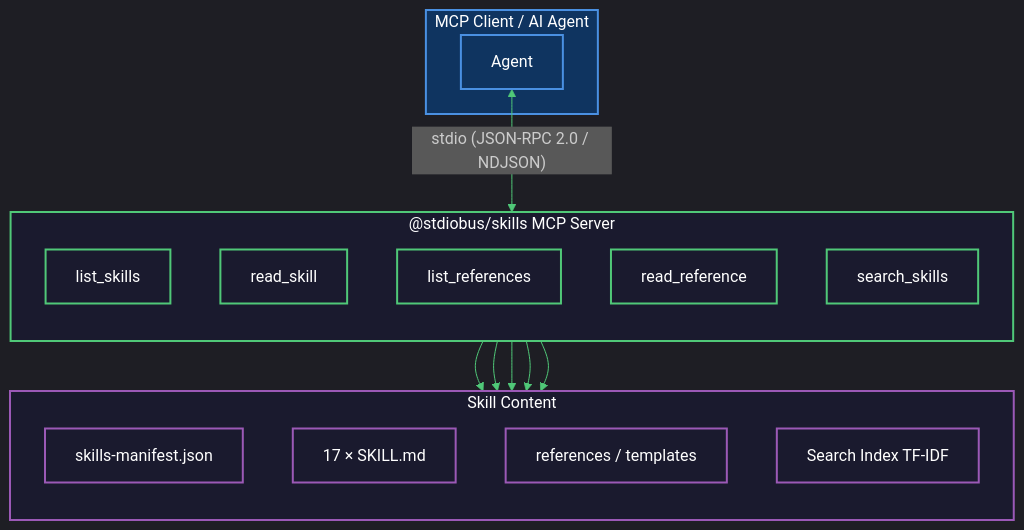
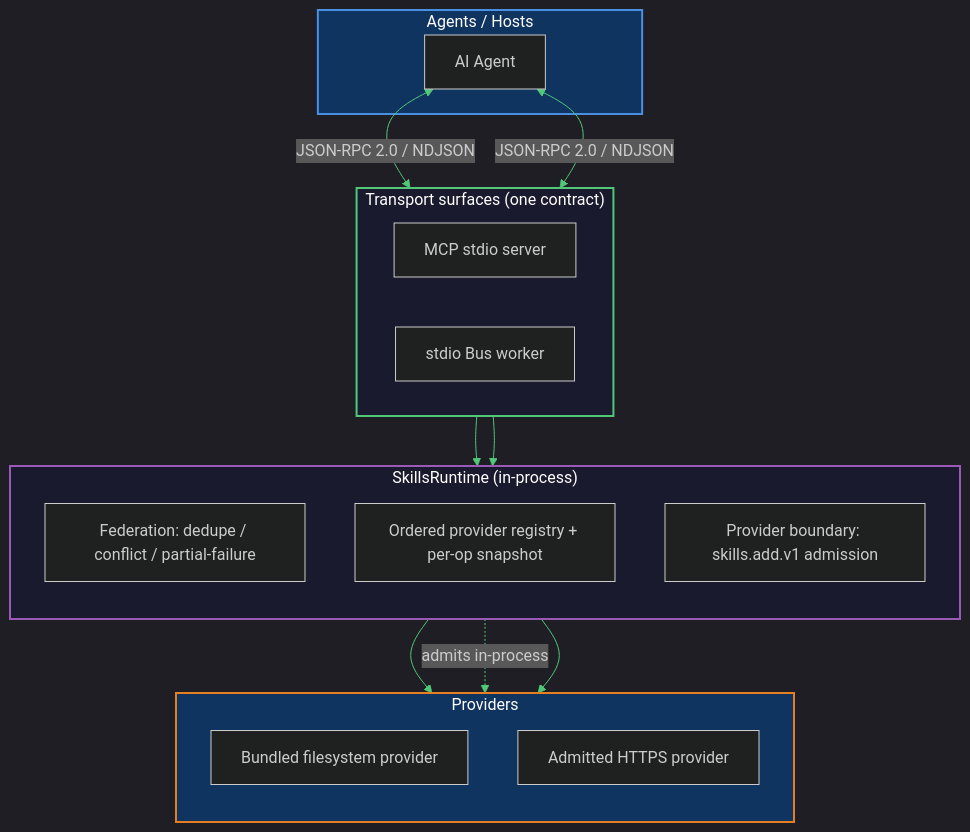
The first of 3 diagrams in README.md (stdiobus/skills), drawn with Mermaid before and after one commit. The commit also changed other lines of this file, not shown here.

First line of the commit message:
docs: update README with federated skills runtime and admission control

````diff
--- a/README.md
+++ b/README.md
@@ -493,43 +82,39 @@
 ```mermaid
 %%{init: {'theme':'dark', 'themeVariables':{'primaryColor':'#1a1a2e','primaryTextColor':'#fff','primaryBorderColor':'#4a90e2','lineColor':'#50c878','secondaryColor':'#16213e','tertiaryColor':'#0f3460'}}}%%
 flowchart TB
-  subgraph CLIENT["MCP Client / AI Agent"]
-    AG[Agent]
+  subgraph CLIENTS["Agents / Hosts"]
+    AG[AI Agent]
   end
 
-  subgraph SERVER["@stdiobus/skills MCP Server"]
-    direction TB
-    LS[list_skills]
-    RS[read_skill]
-    LR[list_references]
-    RR[read_reference]
-    SS[search_skills]
+  subgraph TRANSPORTS["Transport surfaces (one contract)"]
+    direction LR
+    MCP[MCP stdio server]
+    BUS[stdio Bus worker]
   end
 
-  subgraph CONTENT["Skill Content"]
+  subgraph RUNTIME["SkillsRuntime (in-process)"]
     direction TB
-    MF[skills-manifest.json]
-    SK[17 × SKILL.md]
-    RF[references / templates]
-    SI[Search Index TF-IDF]
+    FED[Federation: dedupe / conflict / partial-failure]
+    REG[Ordered provider registry + per-op snapshot]
+    ADM[Provider boundary: skills.add.v1 admission]
   end
 
-  AG <-->|"stdio (JSON-RPC 2.0 / NDJSON)"| SERVER
-  LS --> MF
-  RS --> SK
-  LR --> RF
-  RR --> RF
-  SS --> SI
+  subgraph PROVIDERS["Providers"]
+    direction TB
+    BUNDLED[Bundled filesystem provider]
+    ADMITTED[Admitted HTTPS provider]
+  end
 
-  style CLIENT fill:#0f3460,stroke:#4a90e2,stroke-width:2px,color:#fff
-  style SERVER fill:#1a1a2e,stroke:#50c878,stroke-width:2px,color:#fff
-  style CONTENT fill:#1a1a2e,stroke:#9b59b6,stroke-width:2px,color:#fff
+  AG <-->|JSON-RPC 2.0 / NDJSON| MCP
+  AG <-->|JSON-RPC 2.0 / NDJSON| BUS
+  MCP --> RUNTIME
+  BUS --> RUNTIME
+  REG --> BUNDLED
+  ADM -.admits in-process.-> ADMITTED
+  REG --> ADMITTED
 
-  classDef clientNode fill:#0f3460,stroke:#4a90e2,stroke-width:2px,color:#fff
-  classDef serverNode fill:#1a1a2e,stroke:#50c878,stroke-width:2px,color:#fff
-  classDef contentNode fill:#1a1a2e,stroke:#9b59b6,stroke-width:2px,color:#fff
-
-  class AG clientNode
-  class LS,RS,LR,RR,SS serverNode
-  class MF,SK,RF,SI contentNode
+  style CLIENTS fill:#0f3460,stroke:#4a90e2,stroke-width:2px,color:#fff
+  style TRANSPORTS fill:#1a1a2e,stroke:#50c878,stroke-width:2px,color:#fff
+  style RUNTIME fill:#1a1a2e,stroke:#9b59b6,stroke-width:2px,color:#fff
+  style PROVIDERS fill:#0f3460,stroke:#e67e22,stroke-width:2px,color:#fff
 ```
````
